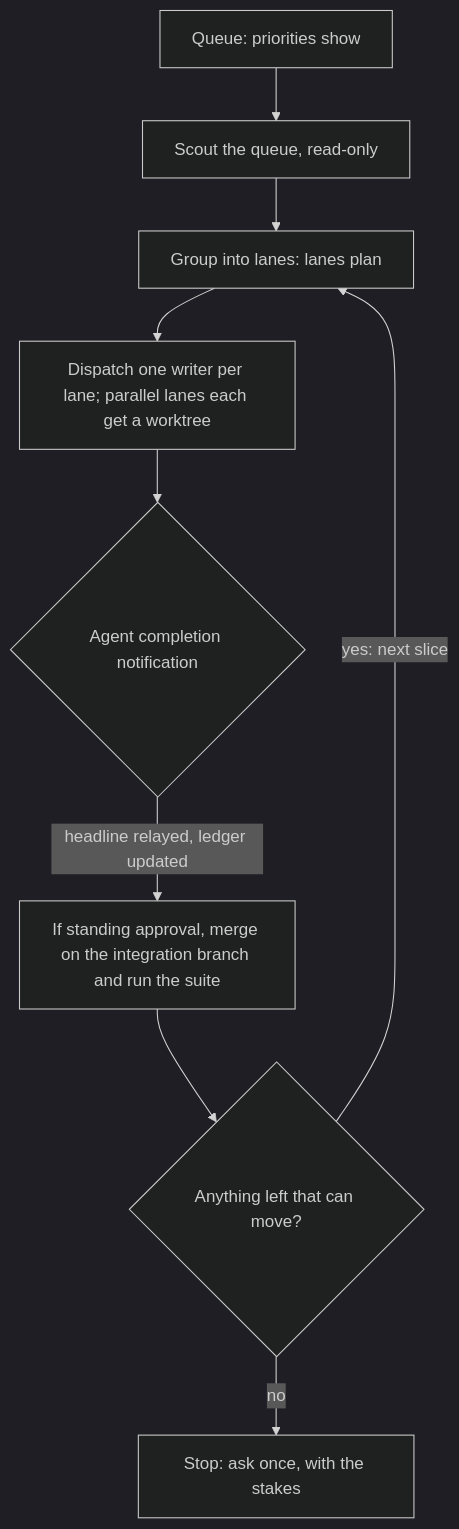
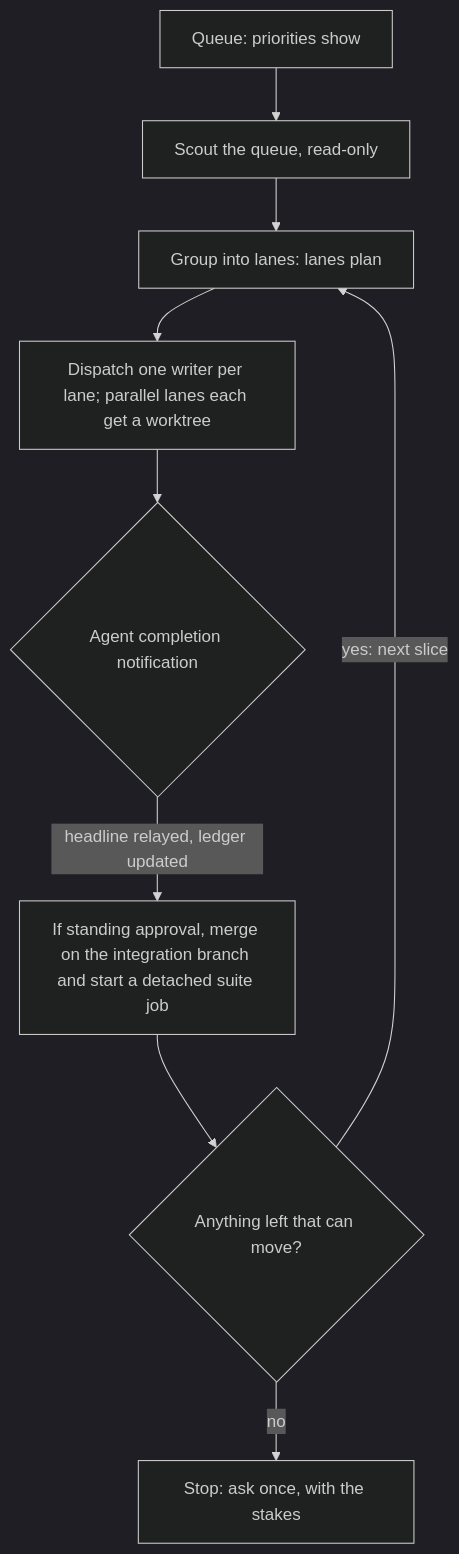
The diagram in bolero/SKILL.md (jackreichert/the-maestro), drawn with Mermaid (dark theme) before and after one commit. The commit also changed other lines of this file and 1 other file, not shown here.

First line of the commit message:
docs(bolero): run the integration suite as a detached job, not a foreground wait

````diff
--- a/bolero/SKILL.md
+++ b/bolero/SKILL.md
@@ -30,11 +30,11 @@
 ```mermaid
 flowchart TD
   Q[Queue: priorities show] --> S[Scout the queue, read-only]
   S --> L[Group into lanes: lanes plan]
   L --> D[Dispatch one writer per lane; parallel lanes each get a worktree]
   D --> W{Agent completion notification}
-  W -->|headline relayed, ledger updated| M[If standing approval, merge on the integration branch and run the suite]
+  W -->|headline relayed, ledger updated| M[If standing approval, merge on the integration branch and start a detached suite job]
   M --> N{Anything left that can move?}
   N -->|yes: next slice| L
   N -->|no| B[Stop: ask once, with the stakes]
 ```
````
